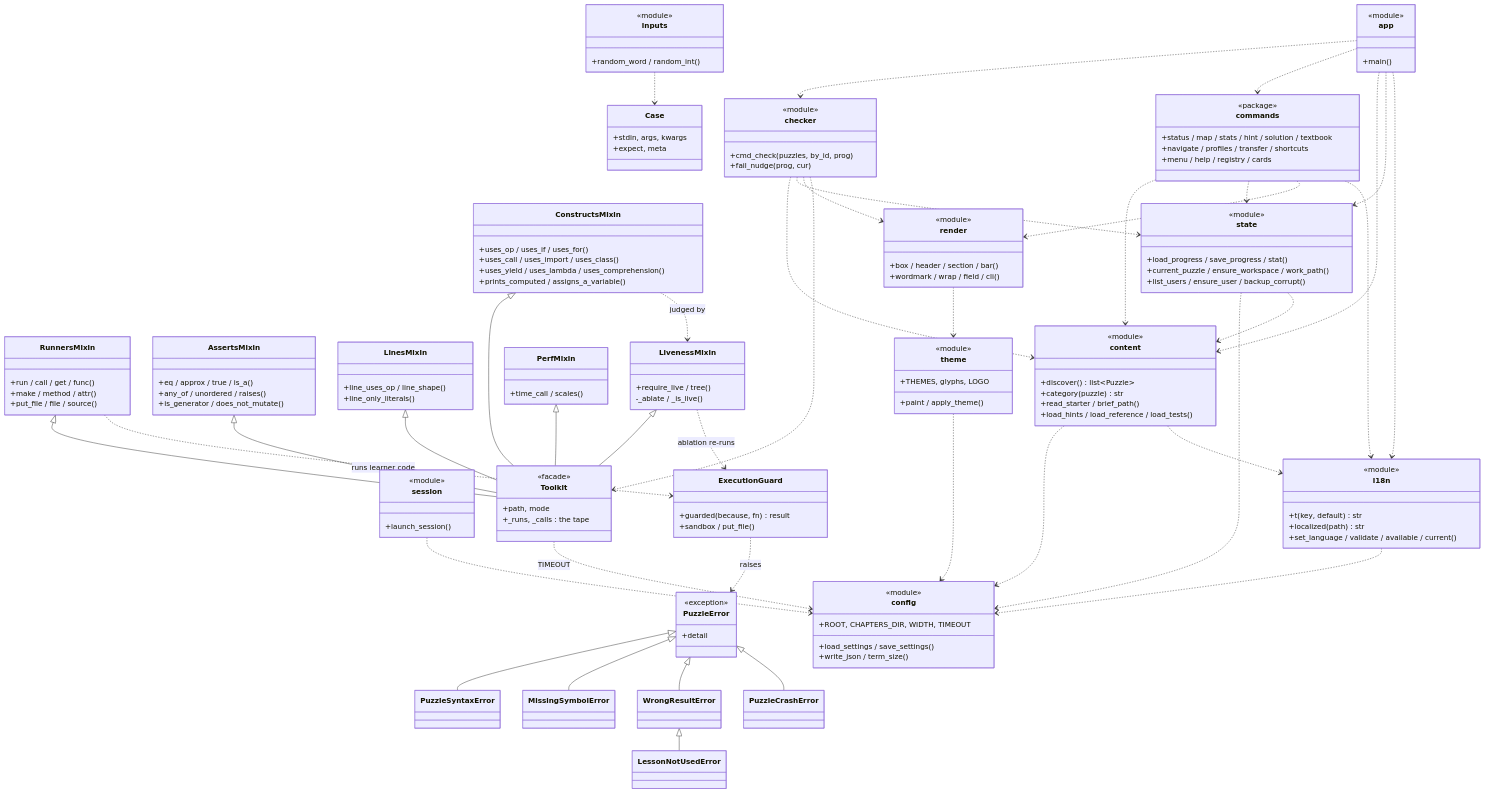
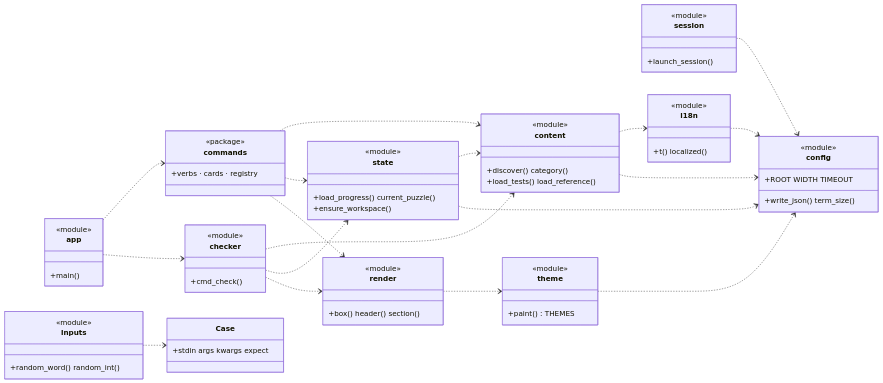
One commit to N041M/PyQuest changed the first of 11 diagrams in docs/architecture/README.md. Above: the diagram before and after it, drawn with Mermaid. The commit also changed 1 other file, not shown here.

Commit message:
Split master diagram into two clean panels to remove line crossings

````diff
--- a/docs/architecture/README.md
+++ b/docs/architecture/README.md
@@ -34,8 +41,6 @@
 ```mermaid
 classDiagram
-    direction TB
-
-    %% ===== entry & dispatch =====
+    direction LR
     class app {
         <<module>>
         +main()
@@ -46,151 +51,61 @@
     }
     class commands {
         <<package>>
-        +status / map / stats / hint / solution / textbook
-        +navigate / profiles / transfer / shortcuts
-        +menu / help / registry / cards
+        +verbs · cards · registry
     }
-
-    %% ===== checking / the tester =====
     class checker {
         <<module>>
-        +cmd_check(puzzles, by_id, prog)
-        +fail_nudge(prog, cur)
+        +cmd_check()
     }
-    class Toolkit {
-        <<facade>>
-        +path, mode
-        +_runs, _calls : the tape
-    }
-    class RunnersMixin {
-        +run / call / get / func()
-        +make / method / attr()
-        +put_file / file / source()
-    }
-    class AssertsMixin {
-        +eq / approx / true / is_a()
-        +any_of / unordered / raises()
-        +is_generator / does_not_mutate()
-    }
-    class ConstructsMixin {
-        +uses_op / uses_if / uses_for()
-        +uses_call / uses_import / uses_class()
-        +uses_yield / uses_lambda / uses_comprehension()
-        +prints_computed / assigns_a_variable()
-    }
-    class LinesMixin {
-        +line_uses_op / line_shape()
-        +line_only_literals()
-    }
-    class LivenessMixin {
-        +require_live / tree()
-        -_ablate / _is_live()
-    }
-    class PerfMixin {
-        +time_call / scales()
-    }
-    class ExecutionGuard {
-        +guarded(because, fn) result
-        +sandbox / put_file()
-    }
-    class PuzzleError {
-        <<exception>>
-        +detail
-    }
-    class PuzzleSyntaxError
-    class MissingSymbolError
-    class WrongResultError
-    class LessonNotUsedError
-    class PuzzleCrashError
-
-    %% ===== content · input · state =====
     class content {
         <<module>>
-        +discover() list~Puzzle~
-        +category(puzzle) str
-        +read_starter / brief_path()
-        +load_hints / load_reference / load_tests()
+        +discover() category()
+        +load_tests() load_reference()
+    }
+    class state {
+        <<module>>
+        +load_progress() current_puzzle()
+        +ensure_workspace()
     }
     class i18n {
         <<module>>
-        +t(key, default) str
-        +localized(path) str
-        +set_language / validate / available / current()
+        +t() localized()
     }
     class inputs {
         <<module>>
-        +random_word / random_int()
+        +random_word() random_int()
     }
     class Case {
-        +stdin, args, kwargs
-        +expect, meta
+        +stdin args kwargs expect
     }
-    class state {
-        <<module>>
-        +load_progress / save_progress / stat()
-        +current_puzzle / ensure_workspace / work_path()
-        +list_users / ensure_user / backup_corrupt()
-    }
-
-    %% ===== visuals =====
     class render {
         <<module>>
-        +box / header / section / bar()
-        +wordmark / wrap / field / cli()
+        +box() header() section()
     }
     class theme {
         <<module>>
-        +THEMES, glyphs, LOGO
-        +paint / apply_theme()
+        +paint() THEMES
     }
-
-    %% ===== foundation =====
     class config {
         <<module>>
-        +ROOT, CHAPTERS_DIR, WIDTH, TIMEOUT
-        +load_settings / save_settings()
-        +write_json / term_size()
+        +write_json() term_size()
+        +ROOT WIDTH TIMEOUT
     }
-
-    %% Toolkit is a facade composed of the mixins (multiple inheritance)
-    RunnersMixin <|-- Toolkit
-    AssertsMixin <|-- Toolkit
-    ConstructsMixin <|-- Toolkit
-    LinesMixin <|-- Toolkit
-    LivenessMixin <|-- Toolkit
-    PerfMixin <|-- Toolkit
-    RunnersMixin ..> ExecutionGuard : runs learner code
-    LivenessMixin ..> ExecutionGuard : ablation re-runs
-    ConstructsMixin ..> LivenessMixin : judged by
-    ExecutionGuard ..> PuzzleError : raises
-    PuzzleError <|-- PuzzleSyntaxError
-    PuzzleError <|-- MissingSymbolError
-    PuzzleError <|-- WrongResultError
-    PuzzleError <|-- PuzzleCrashError
-    WrongResultError <|-- LessonNotUsedError
-
-    %% wiring (A ..> B = "A imports/uses B")
+    app ..> commands
     app ..> checker
-    app ..> commands
-    app ..> content
-    app ..> state
-    app ..> i18n
-    session ..> config
     commands ..> content
     commands ..> state
     commands ..> render
-    commands ..> i18n
     checker ..> content
     checker ..> state
     checker ..> render
-    checker ..> Toolkit
+    content ..> i18n
     content ..> config
-    content ..> i18n
+    state ..> content
     state ..> config
-    state ..> content
-    inputs ..> Case
     render ..> theme
     theme ..> config
     i18n ..> config
-    Toolkit ..> config : TIMEOUT
+    session ..> config
+    inputs ..> Case
 ```
````
